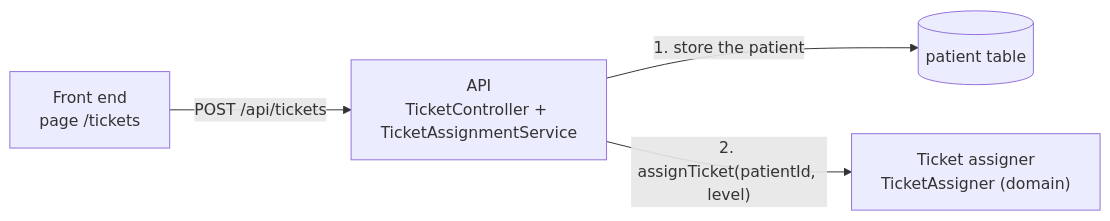
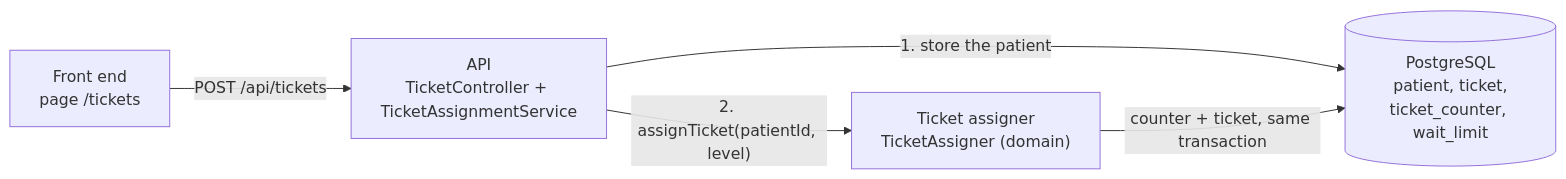
One commit to Dielix22/Dinez changed the diagram in docs/dev/code/ticket_api.md. Above: the diagram before and after it, drawn with Mermaid. The commit also changed other lines of this file and 27 other files, not shown here.

First line of the commit message:
feat: persist tickets, daily counters and wait limits in PostgreSQL

````diff
--- a/docs/dev/code/ticket_api.md
+++ b/docs/dev/code/ticket_api.md
@@ -9,6 +9,7 @@
 ```mermaid
 flowchart LR
     FE["Front end<br/>page /tickets"] -->|POST /api/tickets| API["API<br/>TicketController + TicketAssignmentService"]
-    API -->|1. store the patient| DB[(patient table)]
+    API -->|1. store the patient| DB[(PostgreSQL<br/>patient, ticket,<br/>ticket_counter, wait_limit)]
     API -->|"2. assignTicket(patientId, level)"| TA["Ticket assigner<br/>TicketAssigner (domain)"]
+    TA -->|"counter + ticket, same transaction"| DB
 ```
````
